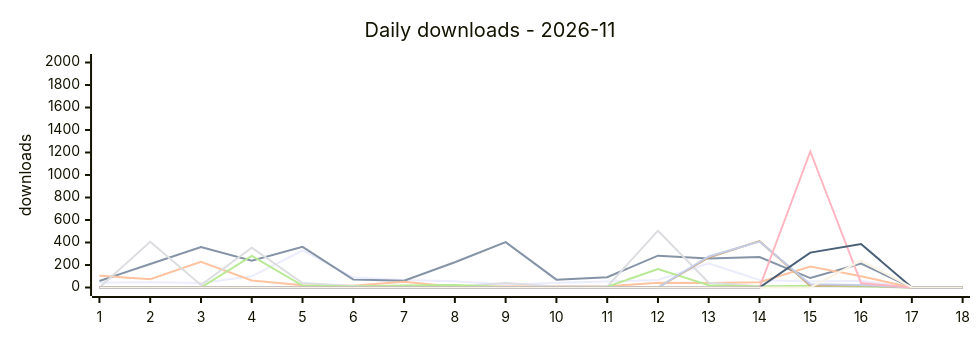
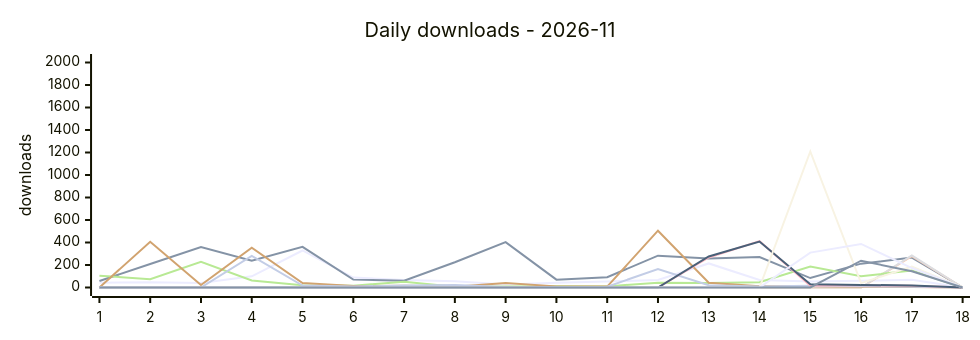
One commit to terry2010/npm-downloads-tracker changed the first of 2 diagrams in DASHBOARD.md. Above: the diagram before and after it, drawn with Mermaid. The commit also changed other lines of this file and 2 other files, not shown here.

````diff
--- a/DASHBOARD.md
+++ b/DASHBOARD.md
@@ -44,17 +42,19 @@
 ```mermaid
 %%{init: {'xyChart': {'width': 960, 'height': 320}}}%%
 xychart-beta
     title "Daily downloads - 2026-11"
     x-axis ["1", "2", "3", "4", "5", "6", "7", "8", "9", "10", "11", "12", "13", "14", "15", "16", "17", "18"]
     y-axis "downloads" 0 --> 2000
-    line "dsh-loop-recover" [43, 46, 39, 99, 329, 88, 66, 56, 27, 42, 54, 66, 214, 67, 53, 59, 0, 0]
-    line "dsh-rss-news-daily" [58, 209, 359, 237, 361, 70, 61, 224, 403, 70, 91, 283, 258, 271, 84, 212, 0, 0]
-    line "opencode-loop-recover" [105, 74, 228, 63, 19, 16, 52, 6, 10, 11, 10, 43, 41, 47, 187, 100, 0, 0]
-    line "oc-market-quail-zephyr-72a0" [0, 407, 22, 354, 39, 14, 15, 7, 40, 10, 8, 505, 43, 12, 11, 6, 0, 0]
-    line "awesome-opencode-market" [0, 0, 0, 280, 17, 9, 17, 22, 4, 1, 7, 164, 21, 10, 15, 10, 0, 0]
-    line "surfbird" [0, 0, 0, 0, 0, 0, 0, 0, 0, 0, 0, 0, 267, 412, 16, 19, 0, 0]
-    line "surfbird-mcp" [0, 0, 0, 0, 0, 0, 0, 0, 0, 0, 0, 0, 276, 408, 28, 23, 0, 0]
-    line "dsh-control-surfbird-for-kitesurf" [0, 0, 0, 0, 0, 0, 0, 0, 0, 0, 0, 0, 0, 0, 1209, 39, 0, 0]
-    line "opencode-control-surfbird-for-kitesurf" [0, 0, 0, 0, 0, 0, 0, 0, 0, 0, 0, 0, 0, 0, 310, 387, 0, 0]
-    line "pi-control-surfbird-for-kitesurf" [0, 0, 0, 0, 0, 0, 0, 0, 0, 0, 0, 0, 0, 0, 0, 238, 0, 0]
+    line "dsh-loop-recover" [43, 46, 39, 99, 329, 88, 66, 56, 27, 42, 54, 66, 214, 67, 53, 59, 69, 0]
+    line "dsh-rss-news-daily" [58, 209, 359, 237, 361, 70, 61, 224, 403, 70, 91, 283, 258, 271, 84, 212, 266, 0]
+    line "dsh-rss-news-flash-kuaixun" [0, 0, 0, 0, 0, 0, 0, 0, 0, 0, 0, 0, 0, 0, 0, 0, 279, 0]
+    line "dsh-rss-news-browser-fetch" [0, 0, 0, 0, 0, 0, 0, 0, 0, 0, 0, 0, 0, 0, 0, 0, 284, 0]
+    line "opencode-loop-recover" [105, 74, 228, 63, 19, 16, 52, 6, 10, 11, 10, 43, 41, 47, 187, 100, 151, 0]
+    line "oc-market-quail-zephyr-72a0" [0, 407, 22, 354, 39, 14, 15, 7, 40, 10, 8, 505, 43, 12, 11, 6, 5, 0]
+    line "awesome-opencode-market" [0, 0, 0, 280, 17, 9, 17, 22, 4, 1, 7, 164, 21, 10, 15, 10, 7, 0]
+    line "surfbird" [0, 0, 0, 0, 0, 0, 0, 0, 0, 0, 0, 0, 267, 412, 16, 19, 15, 0]
+    line "surfbird-mcp" [0, 0, 0, 0, 0, 0, 0, 0, 0, 0, 0, 0, 276, 408, 28, 23, 18, 0]
+    line "dsh-control-surfbird-for-kitesurf" [0, 0, 0, 0, 0, 0, 0, 0, 0, 0, 0, 0, 0, 0, 1209, 39, 186, 0]
+    line "opencode-control-surfbird-for-kitesurf" [0, 0, 0, 0, 0, 0, 0, 0, 0, 0, 0, 0, 0, 0, 310, 387, 173, 0]
+    line "pi-control-surfbird-for-kitesurf" [0, 0, 0, 0, 0, 0, 0, 0, 0, 0, 0, 0, 0, 0, 0, 238, 144, 0]
 ```
````
